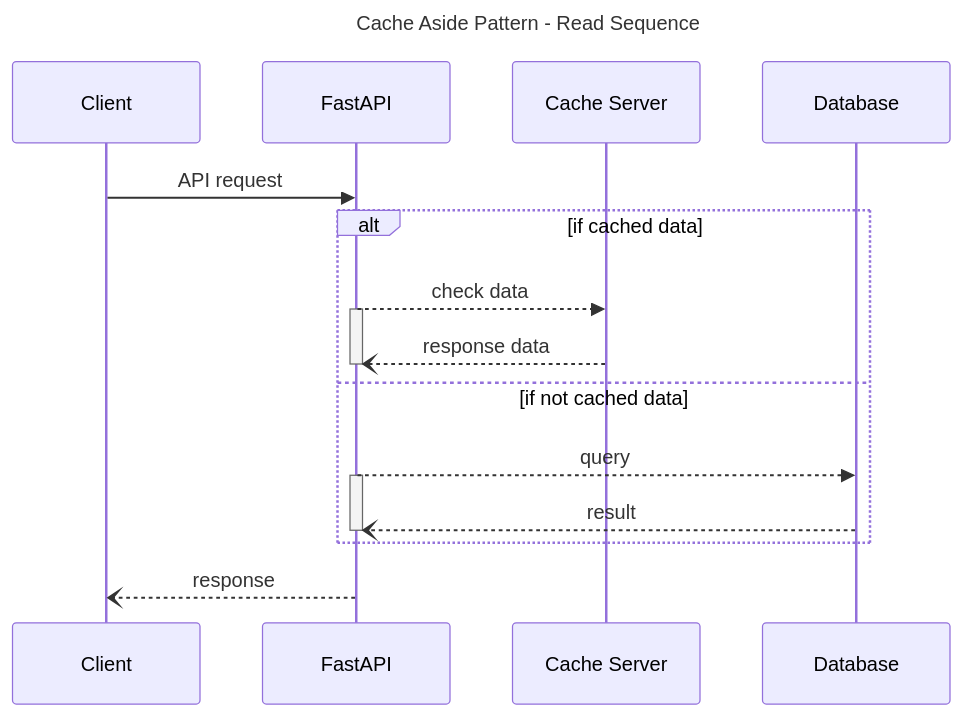
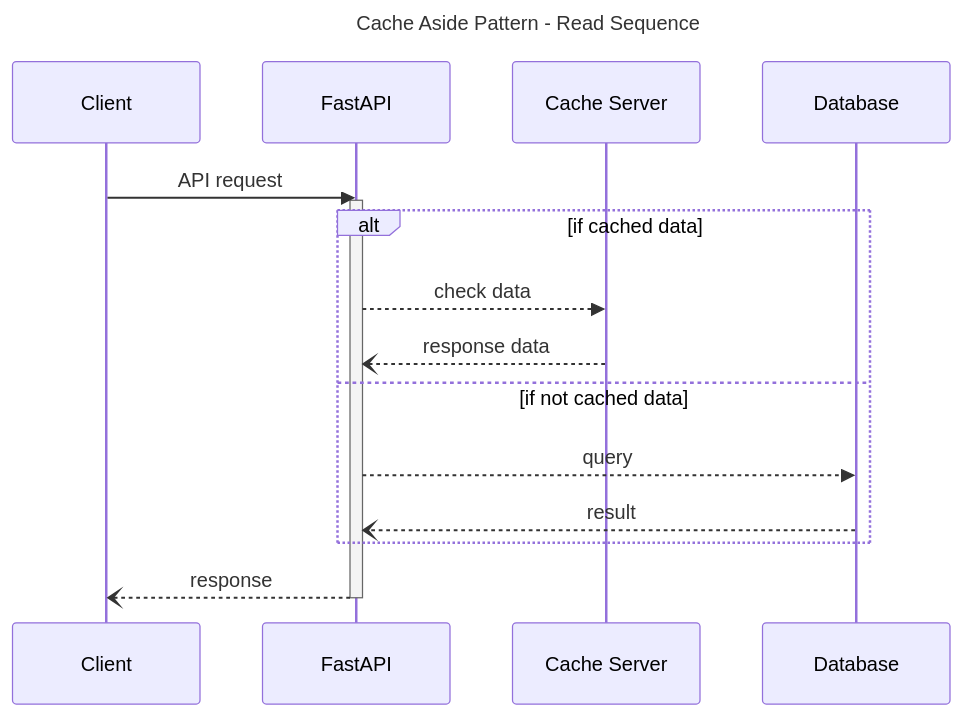
Before and after one commit to djccnt15/djccnt15.github.io: the second of 2 diagrams in docs/portfolio/board.md, drawn with Mermaid. The commit also changed other lines of this file and 1 other file, not shown here.

Commit message:
minor update diagrams in portfolio

````diff
--- a/docs/portfolio/board.md
+++ b/docs/portfolio/board.md
@@ -339,19 +339,17 @@
 ```mermaid
 ---
 title: Cache Aside Pattern - Read Sequence
 ---
 sequenceDiagram
     Client ->> FastAPI: API request
+    activate FastAPI
     alt if cached data
     FastAPI -->> Cache Server: check data
-    activate FastAPI
     Cache Server --) FastAPI: response data
-    deactivate FastAPI
     else if not cached data
     FastAPI -->> Database: query
-    activate FastAPI
     Database --) FastAPI: result
-    deactivate FastAPI
     end
     FastAPI --) Client: response
+    deactivate FastAPI
 ```
````
